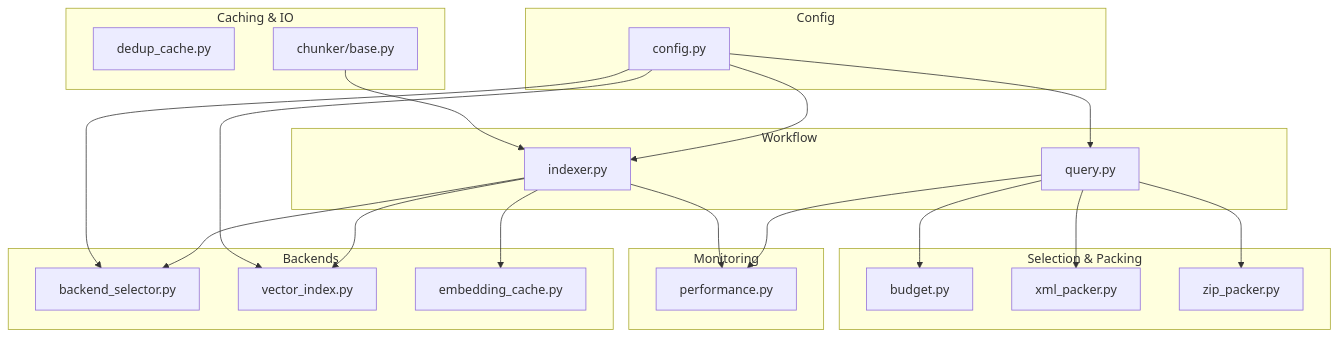
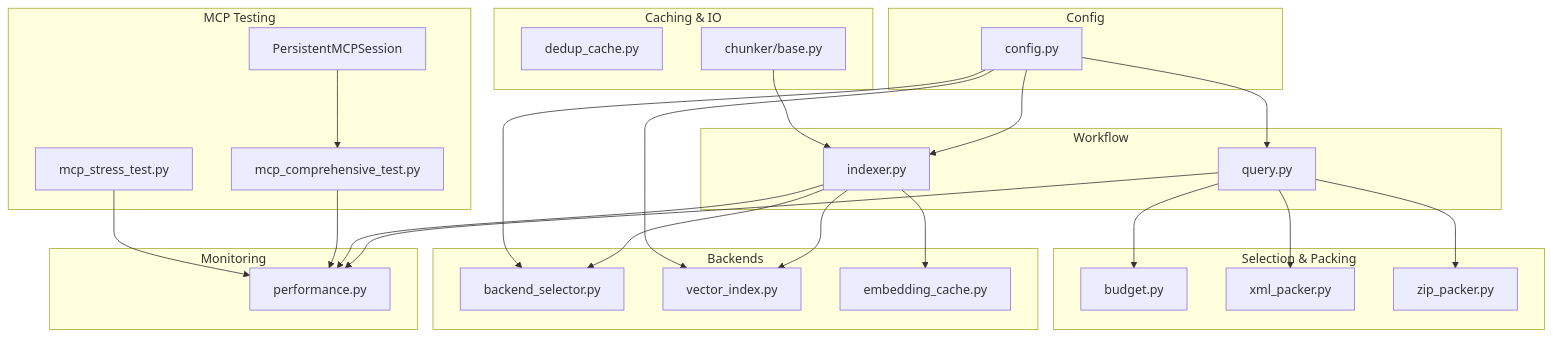
One commit to maemreyo/zmr-ctx-paker changed the first of 16 diagrams in .qoder/repowiki/en/content/Examples & Use Cases/Performance Optimization Examples.md. Above: the diagram before and after it, drawn with Mermaid. The commit also changed other lines of this file and 94 other files, not shown here.

````diff
--- a/.qoder/repowiki/en/content/Examples & Use Cases/Performance Optimization Examples.md
+++ b/.qoder/repowiki/en/content/Examples & Use Cases/Performance Optimization Examples.md
@@ -47,40 +64,48 @@
 ```mermaid
 graph TB
 subgraph "Workflow"
 IDX["indexer.py"]
 QRY["query.py"]
 end
 subgraph "Selection & Packing"
 BUD["budget.py"]
 XPKG["xml_packer.py"]
 ZPKG["zip_packer.py"]
 end
 subgraph "Backends"
 BS["backend_selector.py"]
 VI["vector_index.py"]
 EC["embedding_cache.py"]
 end
 subgraph "Caching & IO"
 DC["dedup_cache.py"]
 CB["chunker/base.py"]
 end
 subgraph "Monitoring"
 PM["performance.py"]
 end
 subgraph "Config"
 CFG["config.py"]
 end
+subgraph "MCP Testing"
+PMS["PersistentMCPSession"]
+MCT["mcp_comprehensive_test.py"]
+MST["mcp_stress_test.py"]
+end
 IDX --> BS
 IDX --> VI
 IDX --> EC
 QRY --> BUD
 QRY --> XPKG
 QRY --> ZPKG
 QRY --> PM
 IDX --> PM
 CFG --> IDX
 CFG --> QRY
 CFG --> BS
 CFG --> VI
 CB --> IDX
+PMS --> MCT
+MCT --> PM
+MST --> PM
 ```
````
